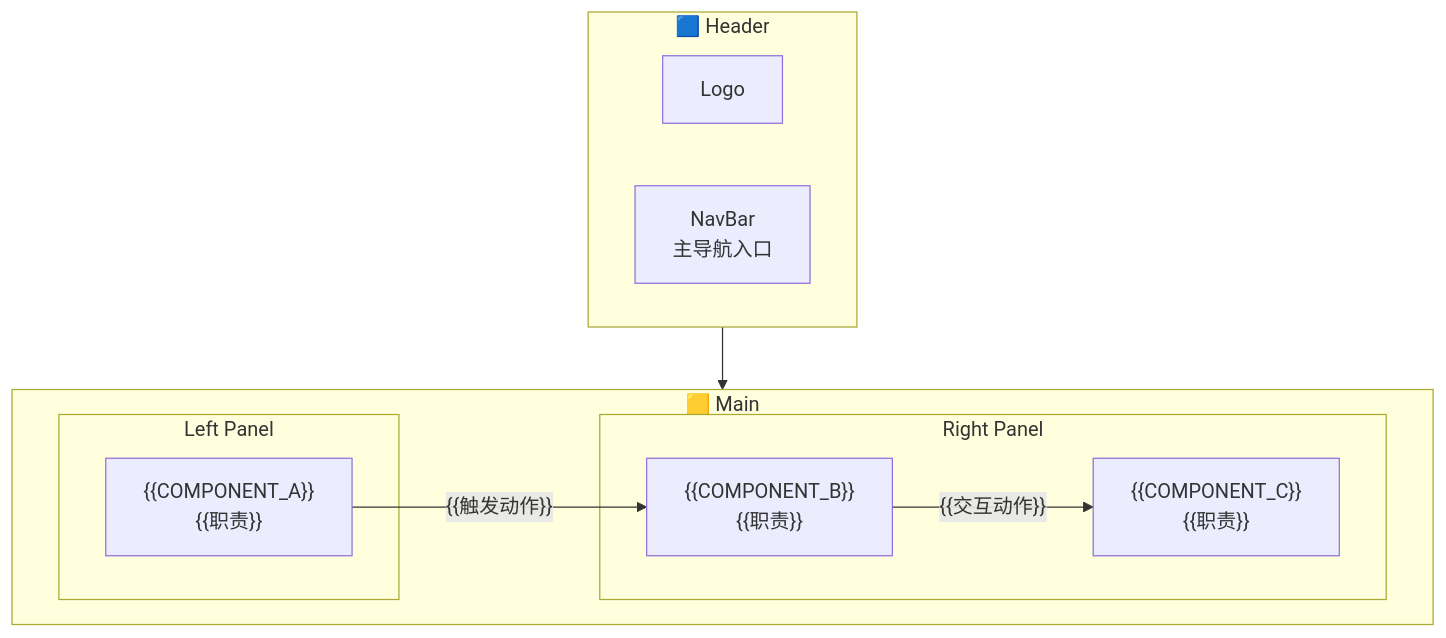
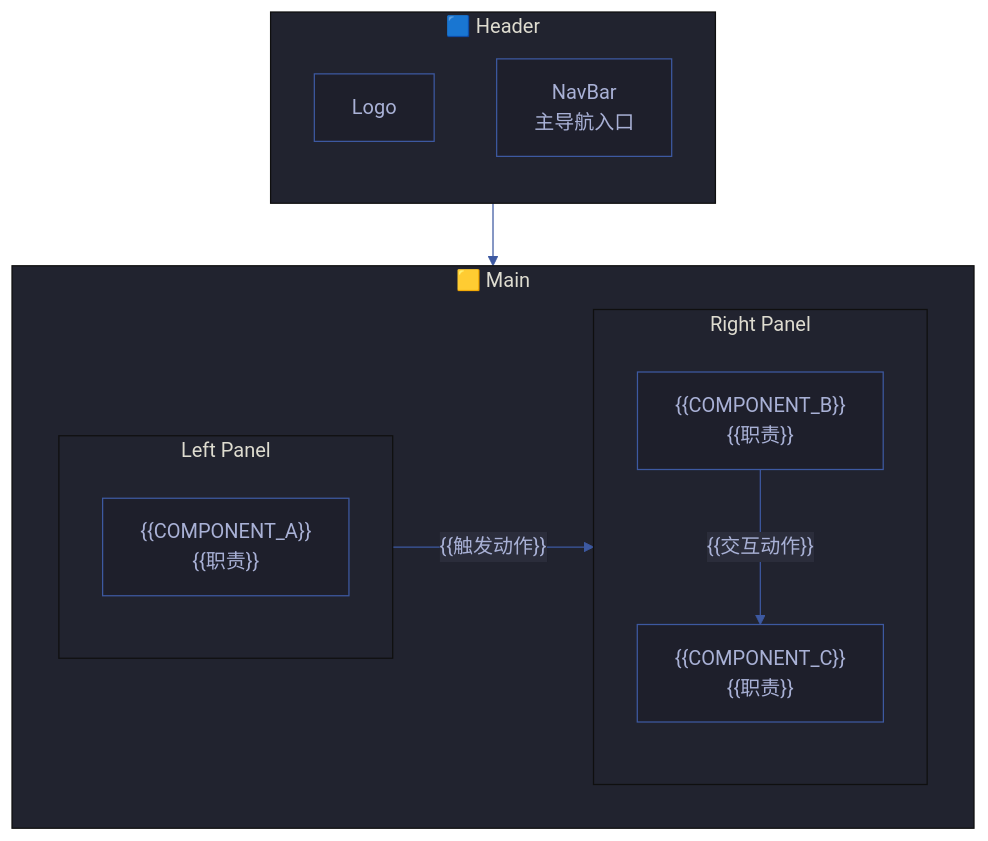
One commit to effiy/YrY changed the first of 3 diagrams in templates/故事任务/场景-1-<slug>.md. Above: the diagram before and after it, drawn with Mermaid. The commit also changed 42 other files, not shown here.

First line of the commit message:
feat: apply Mermaid authoring rules (M1-M12) across entire codebase

````diff
--- a/templates/故事任务/场景-1-<slug>.md
+++ b/templates/故事任务/场景-1-<slug>.md
@@ -31,20 +31,32 @@
 ```mermaid
+%%{init: {'theme': 'base', 'themeVariables': {
+  'primaryColor': '#1e1f2b',
+  'primaryTextColor': '#a9b1d6',
+  'primaryBorderColor': '#3d59a1',
+  'lineColor': '#3d59a1',
+  'secondaryColor': '#2b2d3b',
+  'tertiaryColor': '#21232f'
+}}}%%
 flowchart TB
     subgraph header["🟦 Header"]
+        direction TB
         H1["Logo"]:::static
         H2["NavBar\n主导航入口"]:::nav
     end
     subgraph main["🟨 Main"]
+        direction TB
         direction LR
         subgraph left["Left Panel"]
+        direction TB
             L1["{{COMPONENT_A}}\n{{职责}}"]:::input
         end
         subgraph right["Right Panel"]
+        direction TB
             R1["{{COMPONENT_B}}\n{{职责}}"]:::display
             R2["{{COMPONENT_C}}\n{{职责}}"]:::action
         end
     end
     header --> main
     L1 -->|"{{触发动作}}"| R1
     R1 -->|"{{交互动作}}"| R2
 ```
````
